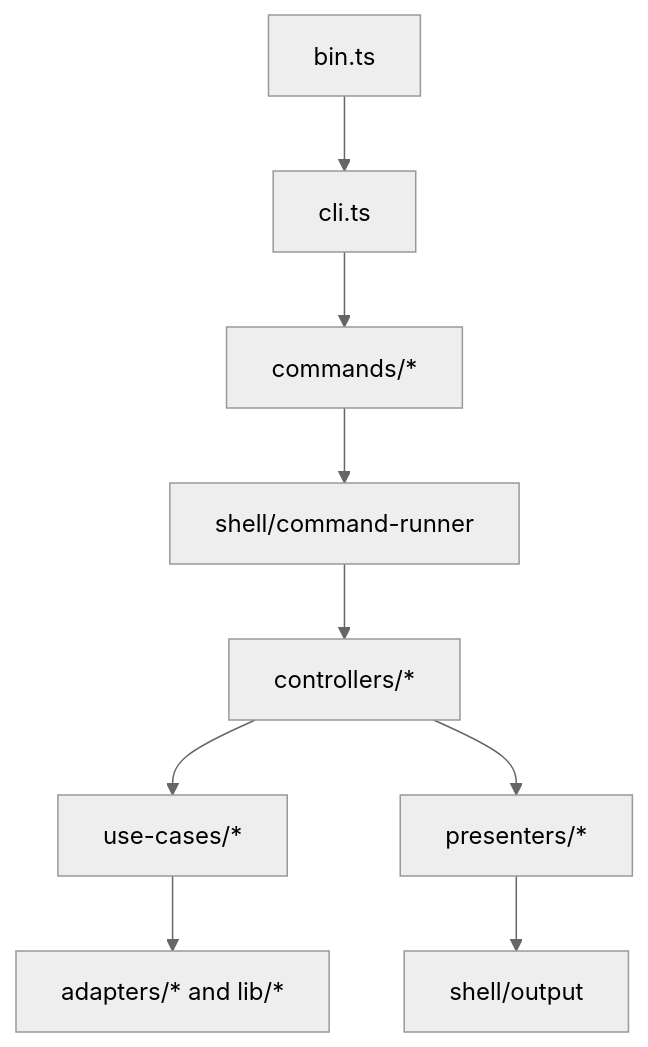
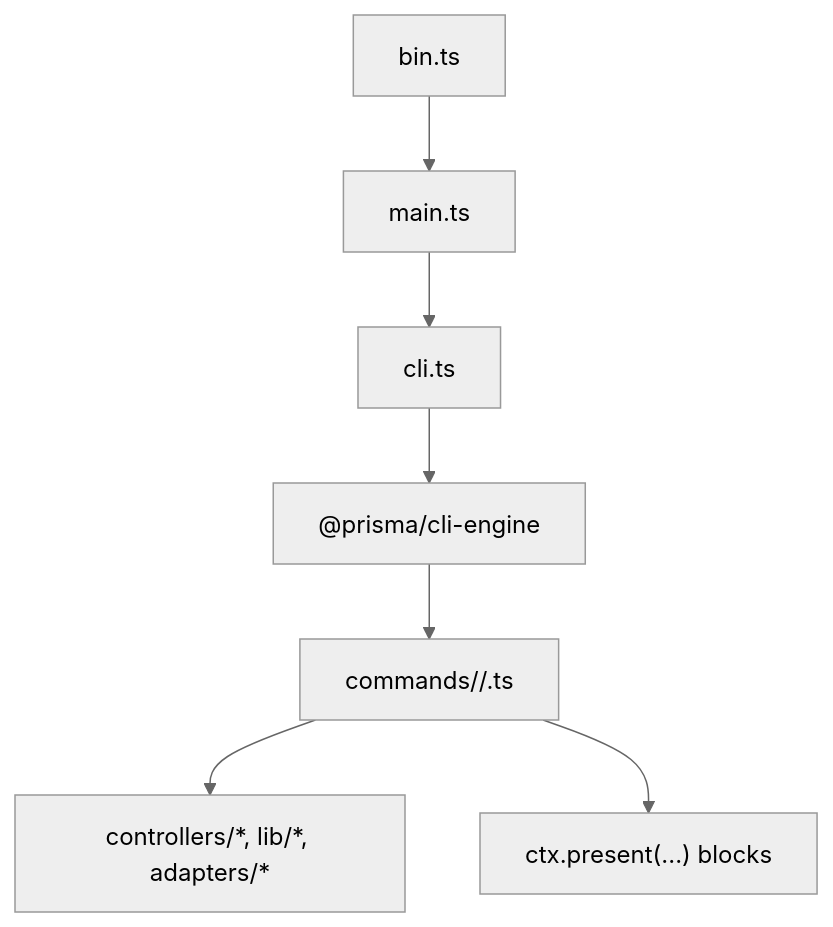
The diagram in docs/architecture/overview.md (prisma/prisma-cli), drawn with Mermaid (neutral theme) before and after one commit. The commit also changed other lines of this file and 389 other files, not shown here.

First line of the commit message:
Port init, delete the Commander shell: the CLI runs entirely on the engine (#139)

````diff
--- a/docs/architecture/overview.md
+++ b/docs/architecture/overview.md
@@ -12,11 +12,9 @@
 ```mermaid
 flowchart TD
-  Bin["bin.ts"] --> Cli["cli.ts"]
-  Cli --> Commands["commands/*"]
-  Commands --> Runner["shell/command-runner"]
-  Runner --> Controllers["controllers/*"]
-  Controllers --> UseCases["use-cases/*"]
-  UseCases --> Adapters["adapters/* and lib/*"]
-  Controllers --> Presenters["presenters/*"]
-  Presenters --> Output["shell/output"]
+  Bin["bin.ts"] --> Main["main.ts"]
+  Main --> Cli["cli.ts"]
+  Cli --> Engine["@prisma/cli-engine"]
+  Engine --> Handlers["commands/<group>/<command>.ts"]
+  Handlers --> Operations["controllers/*, lib/*, adapters/*"]
+  Handlers --> Presentations["ctx.present(...) blocks"]
 ```
````
